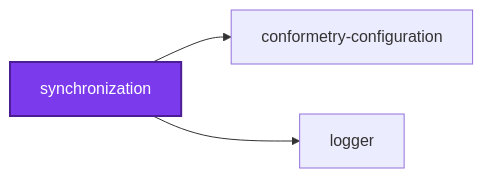
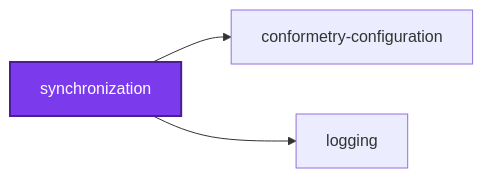
One commit to Organizzolini/codebase changed the first of 3 diagrams in tools/synchronization/README.md. Above: the diagram before and after it, drawn with Mermaid. The commit also changed 555 other files, not shown here.

````diff
--- a/tools/synchronization/README.md
+++ b/tools/synchronization/README.md
@@ -522,10 +522,10 @@
 ```mermaid
 graph LR
   conformetry_configuration["conformetry-configuration"]
-  logger["logger"]
+  logging["logging"]
   synchronization["synchronization"]
   synchronization --> conformetry_configuration
-  synchronization --> logger
+  synchronization --> logging
   classDef subject fill:#7c3aed,color:#fff,stroke:#4c1d95,stroke-width:2px
   class synchronization subject
 ```
````
